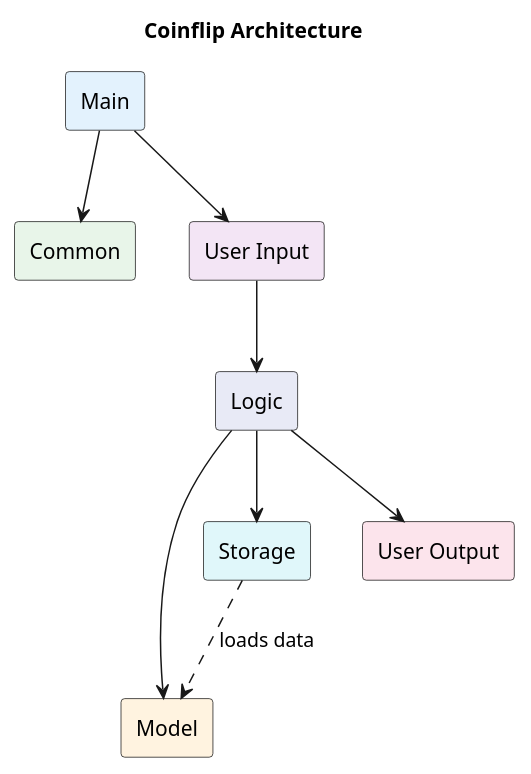
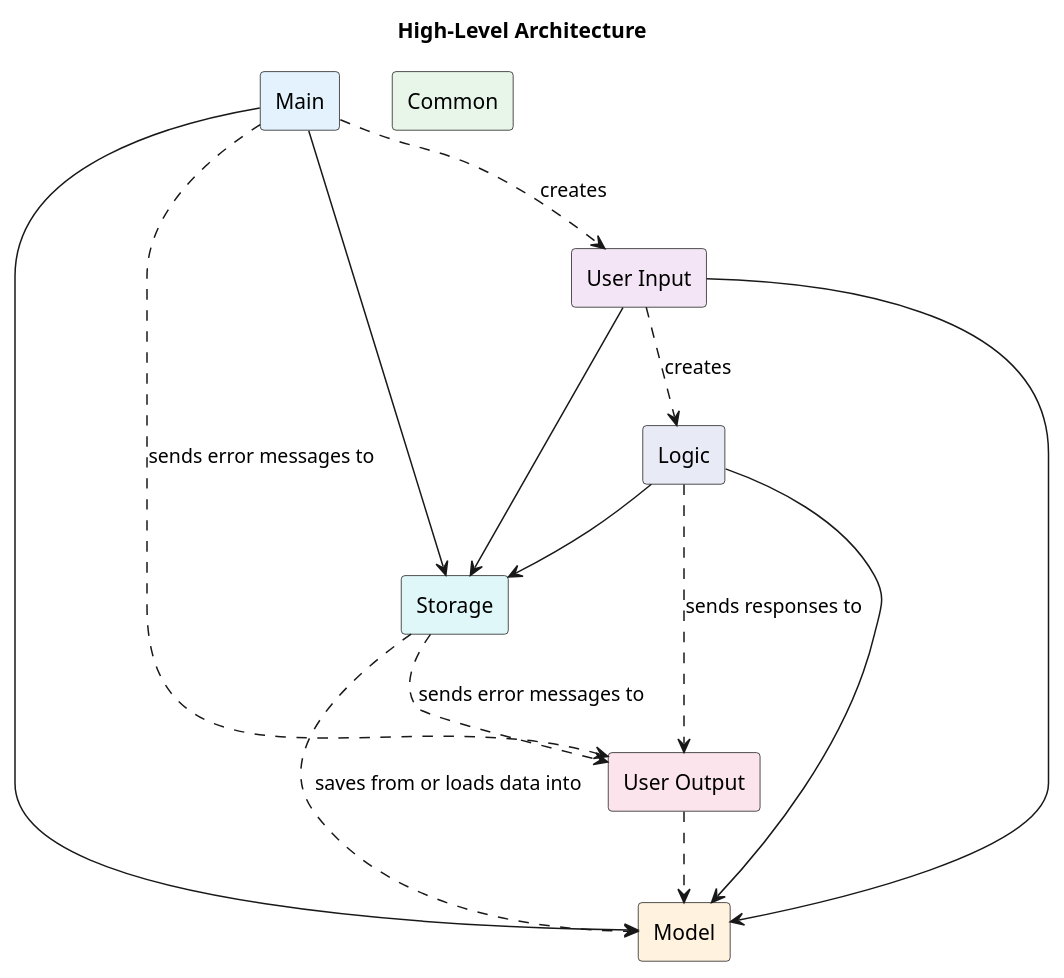
The diagram in docs/diagrams/archi.puml (timothyloh0523/tp), drawn with PlantUML before and after one commit. The commit also changed 4 other files, not shown here.

```diff
--- a/docs/diagrams/archi.puml
+++ b/docs/diagrams/archi.puml
@@ -1,24 +1,33 @@
 @startuml
 
 ' Components
 rectangle "Main" as Main #E3F2FD
 rectangle "Common" as Common #E8F5E9
 rectangle "Model" as Model #FFF3E0
 rectangle "Storage" as Storage #E0F7FA
 rectangle "User Input" as UserInput #F3E5F5
 rectangle "Logic" as Logic #E8EAF6
 rectangle "User Output" as UserOutput #FCE4EC
 
 ' Connections
-Main --> UserInput
-UserInput --> Logic
-Logic --> UserOutput
+
+Main ..> UserInput : creates
+Main ..> UserOutput : sends error messages to
+Main --> Model
+Main --> Storage
+
+UserInput ..> Logic : creates
+UserInput --> Storage
+UserInput --> Model
+
+Logic ..> UserOutput : sends responses to
 Logic --> Model
 Logic --> Storage
-Main --> Common
 
-' Data loading (dashed line)
-Storage ..> Model : loads data
+Storage ..> Model : saves from or loads data into
+Storage ..> UserOutput : sends error messages to
 
-title Coinflip Architecture
+UserOutput ..> Model
+
+title High-Level Architecture
 @enduml
```
